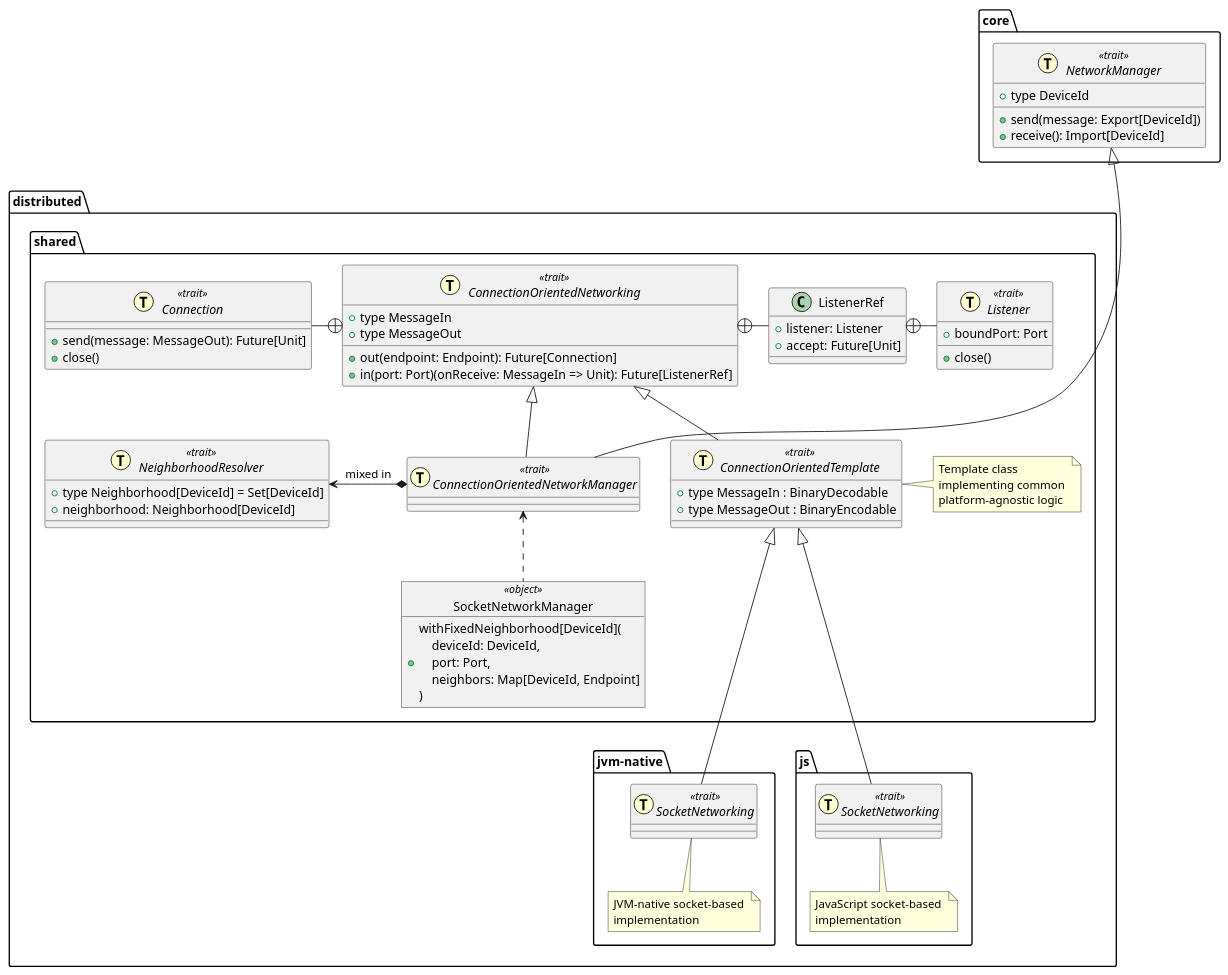
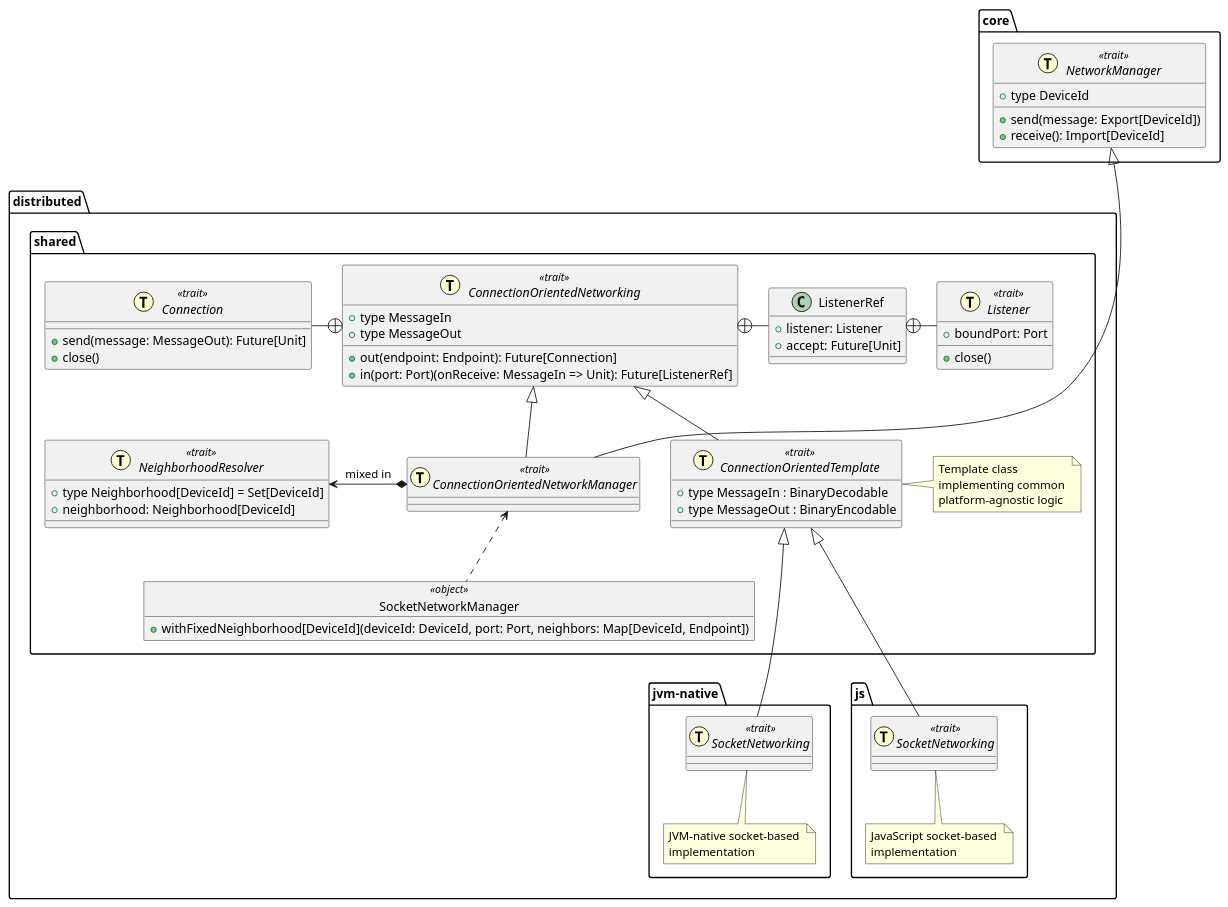
The diagram in resources/schemas/socket-distribution.puml (tassiluca/scafi3-mp-api-thesis), drawn with PlantUML before and after one commit. The commit also changed 6 other files, not shown here.

Commit message:
arch diagram

```diff
--- a/resources/schemas/socket-distribution.puml
+++ b/resources/schemas/socket-distribution.puml
@@ -1,96 +1,96 @@
 @startuml socket-distribution
 
 skinparam interface<<trait>> {
   BackgroundColor lightblue
   BorderColor blue
   StereotypeFontColor blue
 }
 
 package "core" {
     interface NetworkManager << (T,#FEFECE) trait >> {
         + type DeviceId
         + send(message: Export[DeviceId])
         + receive(): Import[DeviceId]
     }
 }
 
 package "distributed" {
     package "shared" {
         ' object InetTypes {
         '     + type IPv4
         '     + type Port
         '     + type Hostname
         '     + type Endpoint
         '     + ...
         ' }
 
         interface ConnectionOrientedNetworking << (T,#FEFECE) trait >> {
             + type MessageIn
             + type MessageOut
             + out(endpoint: Endpoint): Future[Connection]
             + in(port: Port)(onReceive: MessageIn => Unit): Future[ListenerRef]
         }
         ConnectionOrientedNetworking +-left- Connection
         ConnectionOrientedNetworking +- ListenerRef
         ListenerRef +- Listener
 
         interface Connection << (T,#FEFECE) trait >> {
             + send(message: MessageOut): Future[Unit]
             + close()
         }
 
         class ListenerRef {
             + listener: Listener
             + accept: Future[Unit]
         }
 
         interface Listener << (T,#FEFECE) trait >> {
             + boundPort: Port
             + close()
         }
 
         interface ConnectionOrientedTemplate << (T,#FEFECE) trait >> extends ConnectionOrientedNetworking {
             + type MessageIn : BinaryDecodable
             + type MessageOut : BinaryEncodable
         }
         note right of ConnectionOrientedTemplate
             Template class 
             implementing common 
             platform-agnostic logic
         end note
 
         interface NeighborhoodResolver << (T,#FEFECE) trait >> {
             + type Neighborhood[DeviceId] = Set[DeviceId]
             + neighborhood: Neighborhood[DeviceId]
         }
 
         interface ConnectionOrientedNetworkManager << (T,#FEFECE) trait >> extends ConnectionOrientedNetworking
         ConnectionOrientedNetworkManager *-left-> NeighborhoodResolver : mixed in
         core.NetworkManager <|--- ConnectionOrientedNetworkManager
 
         object SocketNetworkManager <<object>> {
-            + withFixedNeighborhood[DeviceId](\n    deviceId: DeviceId,\n    port: Port,\n    neighbors: Map[DeviceId, Endpoint]\n)
+            + withFixedNeighborhood[DeviceId](deviceId: DeviceId, port: Port, neighbors: Map[DeviceId, Endpoint])
         }
         SocketNetworkManager .up.> ConnectionOrientedNetworkManager
     }
 
     package "jvm-native" {
         interface SocketNetworking << (T,#FEFECE) trait >>
         SocketNetworking --up-|> distributed.shared.ConnectionOrientedTemplate
         note bottom of SocketNetworking
             JVM-native socket-based 
             implementation
         end note
     }
 
     package "js" {
         interface SocketNetworking << (T,#FEFECE) trait >> 
         SocketNetworking --up-|> distributed.shared.ConnectionOrientedTemplate
         note bottom of SocketNetworking
             JavaScript socket-based 
             implementation
         end note
     }
 }
 
 @enduml
```
